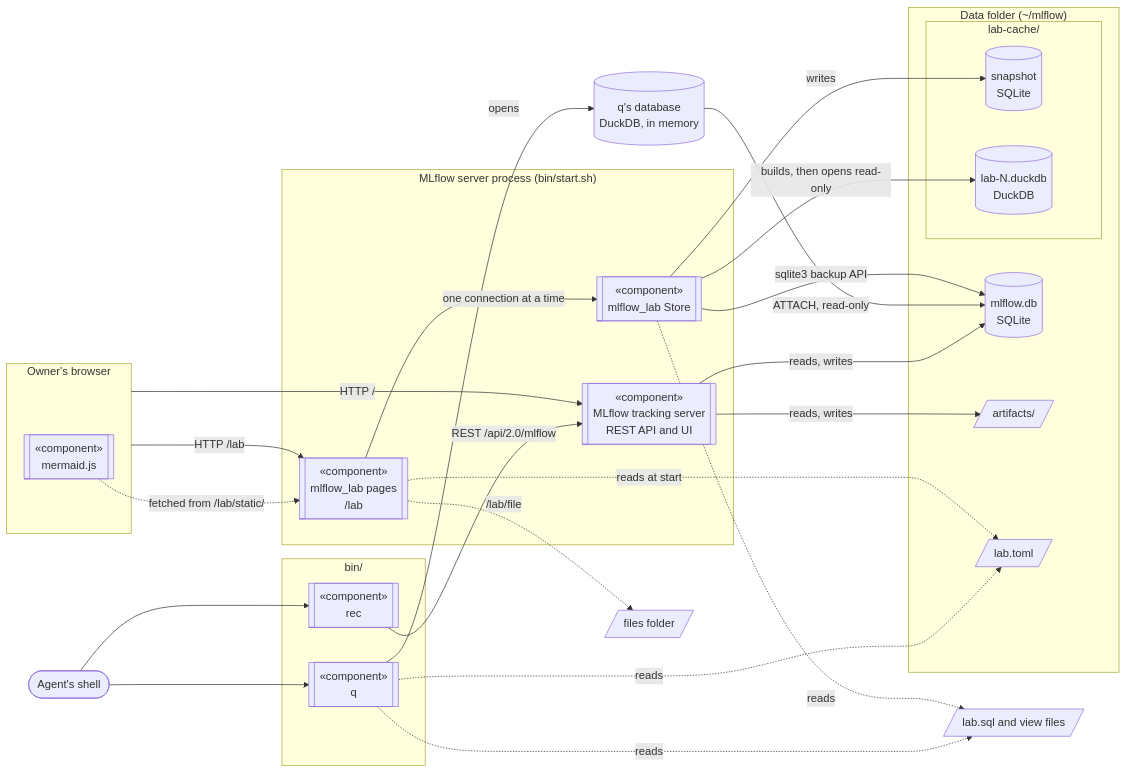
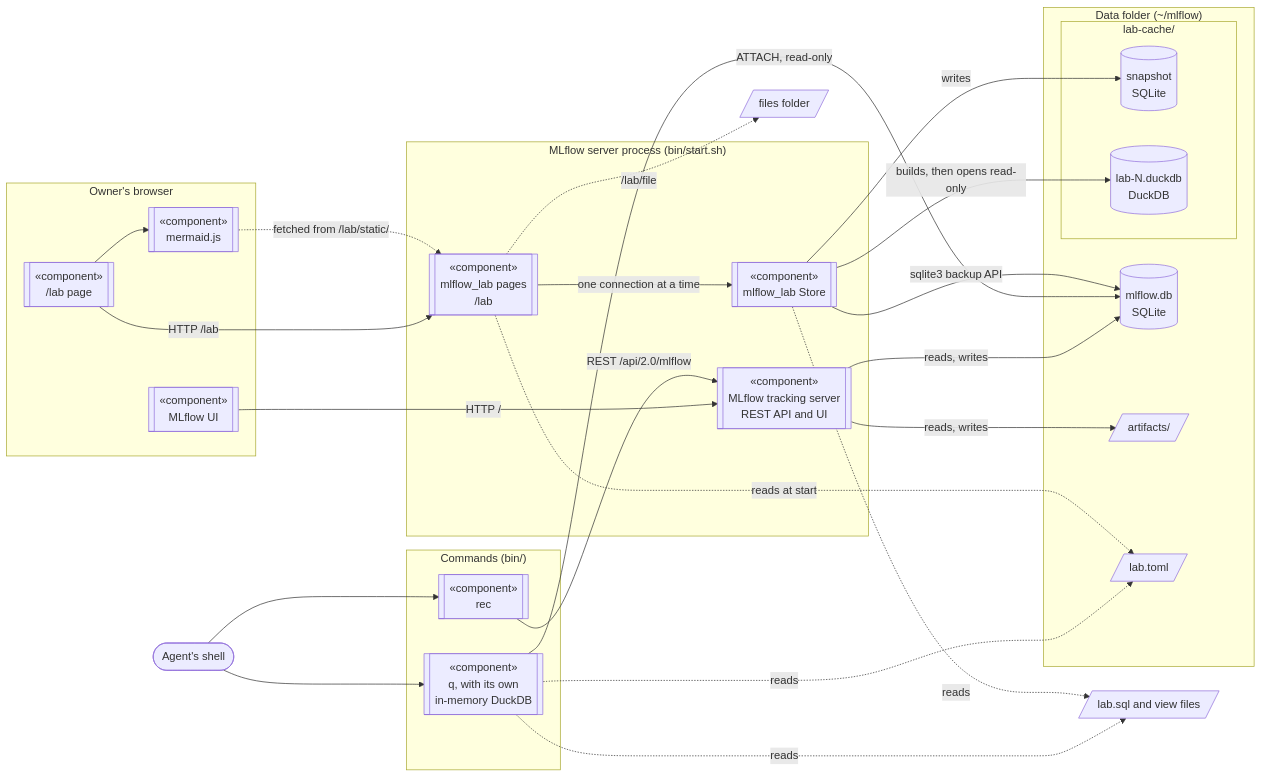
The diagram in README.md (dgutson/experiment-lab), drawn with Mermaid before and after one commit. The commit also changed 1 other file, not shown here.

Commit message:
Delete a failed lab-cache build; redraw the architecture diagram
A page request made while a view file is broken builds lab-N.duckdb, fails,
and now deletes that file instead of leaving it until the server restarts.

In the README's diagram, the browser's lines start at nodes inside it, and
q's in-memory DuckDB is part of q's node.

````diff
--- a/README.md
+++ b/README.md
@@ -31,52 +31,53 @@
 ```mermaid
 flowchart LR
     subgraph browser["Owner's browser"]
+        ui[["«component»<br/>MLflow UI"]]
+        labpage[["«component»<br/>/lab page"]]
         mermaid[["«component»<br/>mermaid.js"]]
     end
     shell(["Agent's shell"])
 
     subgraph server["MLflow server process (bin/start.sh)"]
         tracking[["«component»<br/>MLflow tracking server<br/>REST API and UI"]]
         pages[["«component»<br/>mlflow_lab pages<br/>/lab"]]
         store[["«component»<br/>mlflow_lab Store"]]
     end
 
-    subgraph tools["bin/"]
-        q[["«component»<br/>q"]]
+    subgraph tools["Commands (bin/)"]
         rec[["«component»<br/>rec"]]
+        q[["«component»<br/>q, with its own<br/>in-memory DuckDB"]]
     end
 
     subgraph data["Data folder (~/mlflow)"]
         mlflowdb[("mlflow.db<br/>SQLite")]
         artifacts[/"artifacts/"/]
         toml[/"lab.toml"/]
         subgraph cache["lab-cache/"]
             snapshot[("snapshot<br/>SQLite")]
             labdb[("lab-N.duckdb<br/>DuckDB")]
         end
     end
 
-    qdb[("q's database<br/>DuckDB, in memory")]
     views[/"lab.sql and view files"/]
     files[/"files folder"/]
 
-    browser -->|"HTTP /"| tracking
-    browser -->|"HTTP /lab"| pages
+    ui -->|"HTTP /"| tracking
+    labpage -->|"HTTP /lab"| pages
+    labpage --> mermaid
     mermaid -.->|"fetched from /lab/static/"| pages
+    shell --> rec
     shell --> q
-    shell --> rec
     rec -->|"REST /api/2.0/mlflow"| tracking
     tracking -->|"reads, writes"| mlflowdb
     tracking -->|"reads, writes"| artifacts
-    q -->|"opens"| qdb
-    qdb -->|"ATTACH, read-only"| mlflowdb
+    q -->|"ATTACH, read-only"| mlflowdb
     q -.->|"reads"| toml
     q -.->|"reads"| views
     pages -->|"one connection at a time"| store
     pages -.->|"reads at start"| toml
     pages -.->|"/lab/file"| files
     store -->|"sqlite3 backup API"| mlflowdb
     store -->|"writes"| snapshot
     store -->|"builds, then opens read-only"| labdb
     store -.->|"reads"| views
 ```
````
